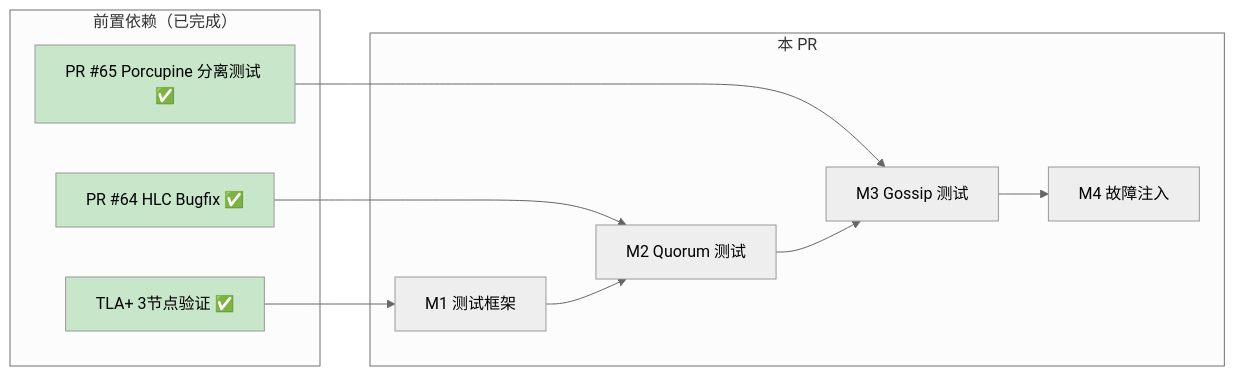
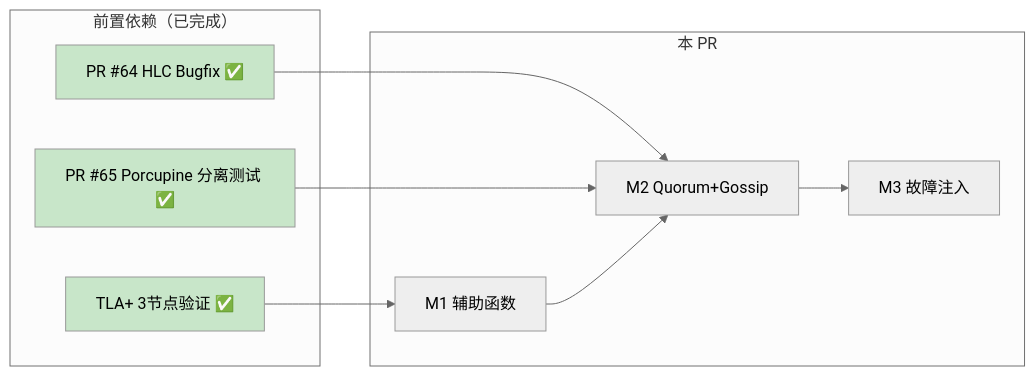
One commit to jzhang405/NexKV changed the second of 2 diagrams in docs/06_PM/feature/2026-02-14_PR-066_Go-Testing-5Nodes_Pre.md. Above: the diagram before and after it, drawn with Mermaid (neutral theme). The commit also changed other lines of this file, not shown here.

````diff
--- a/docs/06_PM/feature/2026-02-14_PR-066_Go-Testing-5Nodes_Pre.md
+++ b/docs/06_PM/feature/2026-02-14_PR-066_Go-Testing-5Nodes_Pre.md
@@ -172,25 +179,24 @@
 ```mermaid
 graph LR
     subgraph "前置依赖（已完成）"
-        D1[PR #64 HLC Bugfix ✅]
-        D2[PR #65 Porcupine 分离测试 ✅]
-        D3[TLA+ 3节点验证 ✅]
+        D1["PR #64 HLC Bugfix ✅"]
+        D2["PR #65 Porcupine 分离测试 ✅"]
+        D3["TLA+ 3节点验证 ✅"]
     end
 
     subgraph "本 PR"
-        P1[M1 测试框架]
-        P2[M2 Quorum 测试]
-        P3[M3 Gossip 测试]
-        P4[M4 故障注入]
+        P1["M1 辅助函数"]
+        P2["M2 Quorum+Gossip"]
+        P3["M3 故障注入"]
     end
 
     D1 --> P2
-    D2 --> P3
+    D2 --> P2
     D3 --> P1
 
-    P1 --> P2 --> P3 --> P4
+    P1 --> P2 --> P3
 
     style D1 fill:#c8e6c9
     style D2 fill:#c8e6c9
     style D3 fill:#c8e6c9
 ```
````
